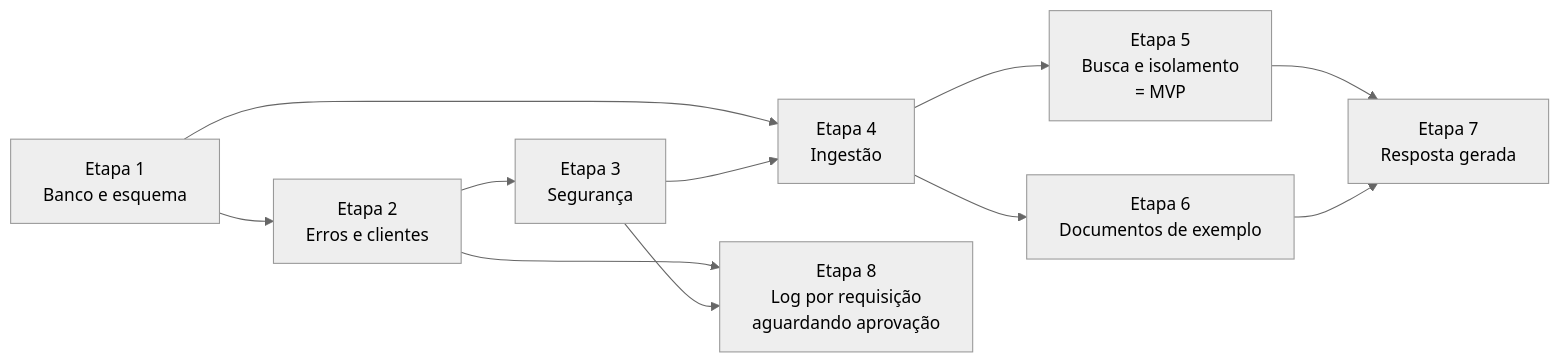
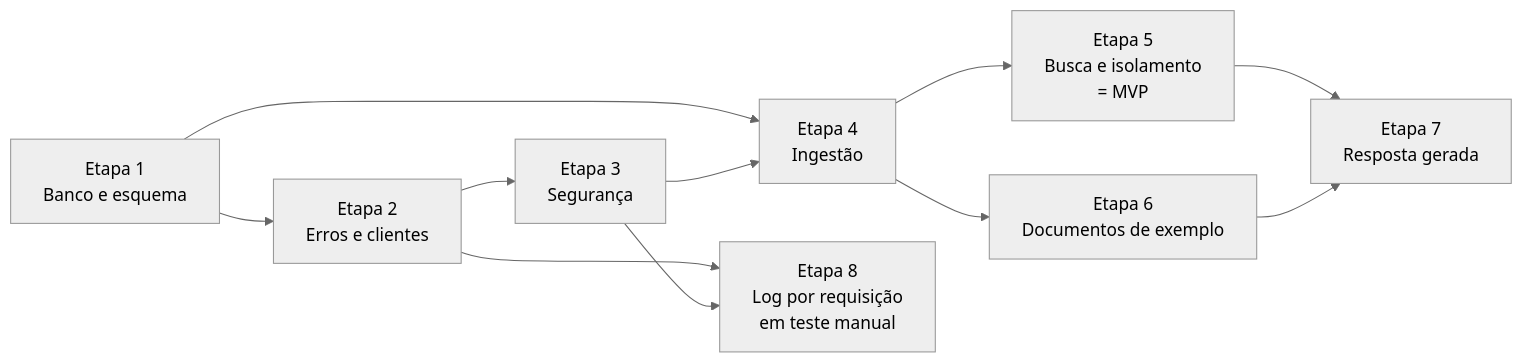
One commit to ValSousa/tenant-rag-pgvector changed the diagram in docs/backlog/Backlog.md. Above: the diagram before and after it, drawn with Mermaid (neutral theme). The commit also changed other lines of this file and 66 other files, not shown here.

````diff
--- a/docs/backlog/Backlog.md
+++ b/docs/backlog/Backlog.md
@@ -174,13 +174,13 @@
 ```mermaid
 flowchart LR
     E1[Etapa 1<br/>Banco e esquema] --> E2[Etapa 2<br/>Erros e clientes]
     E2 --> E3[Etapa 3<br/>Segurança]
     E1 --> E4[Etapa 4<br/>Ingestão]
     E3 --> E4
     E4 --> E5[Etapa 5<br/>Busca e isolamento<br/>= MVP]
     E4 --> E6[Etapa 6<br/>Documentos de exemplo]
     E5 --> E7[Etapa 7<br/>Resposta gerada]
     E6 --> E7
-    E2 --> E8[Etapa 8<br/>Log por requisição<br/>aguardando aprovação]
+    E2 --> E8[Etapa 8<br/>Log por requisição<br/>em teste manual]
     E3 --> E8
 ```
````
